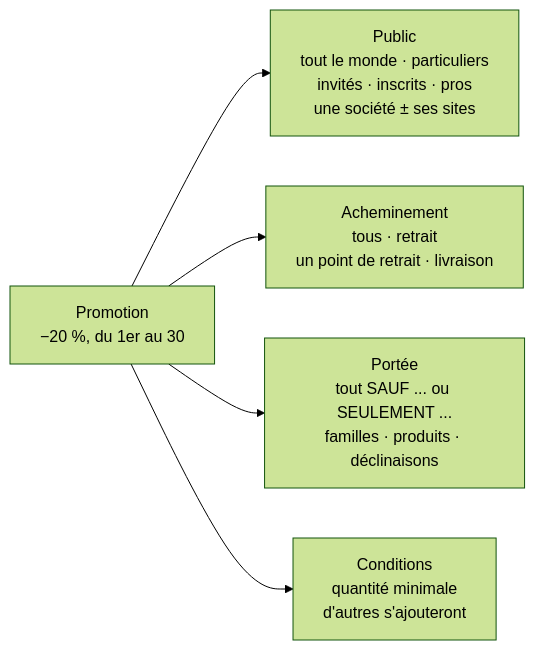
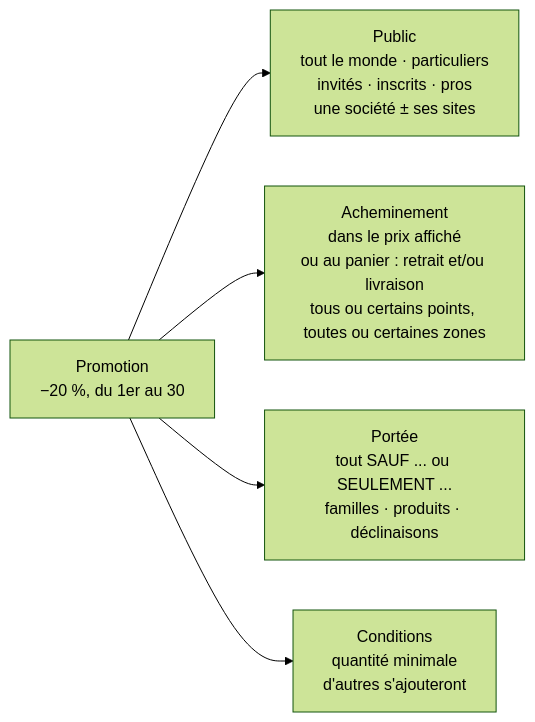
One commit to hugoheynard/lfd changed the first of 8 diagrams in documentation/promotions/promotions.md. Above: the diagram before and after it, drawn with Mermaid (forest theme). The commit also changed other lines of this file and 182 other files, not shown here.

````diff
--- a/documentation/promotions/promotions.md
+++ b/documentation/promotions/promotions.md
@@ -27,8 +33,8 @@
 ```mermaid
 flowchart LR
     P["Promotion<br/>−20 %, du 1er au 30"]
     P --> A["Public<br/>tout le monde · particuliers<br/>invités · inscrits · pros<br/>une société ± ses sites"]
-    P --> B["Acheminement<br/>tous · retrait<br/>un point de retrait · livraison"]
+    P --> B["Acheminement<br/>dans le prix affiché<br/>ou au panier : retrait et/ou livraison<br/>tous ou certains points, toutes ou certaines zones"]
     P --> C["Portée<br/>tout SAUF ... ou SEULEMENT ...<br/>familles · produits · déclinaisons"]
     P --> D["Conditions<br/>quantité minimale<br/>d'autres s'ajouteront"]
 ```
````
